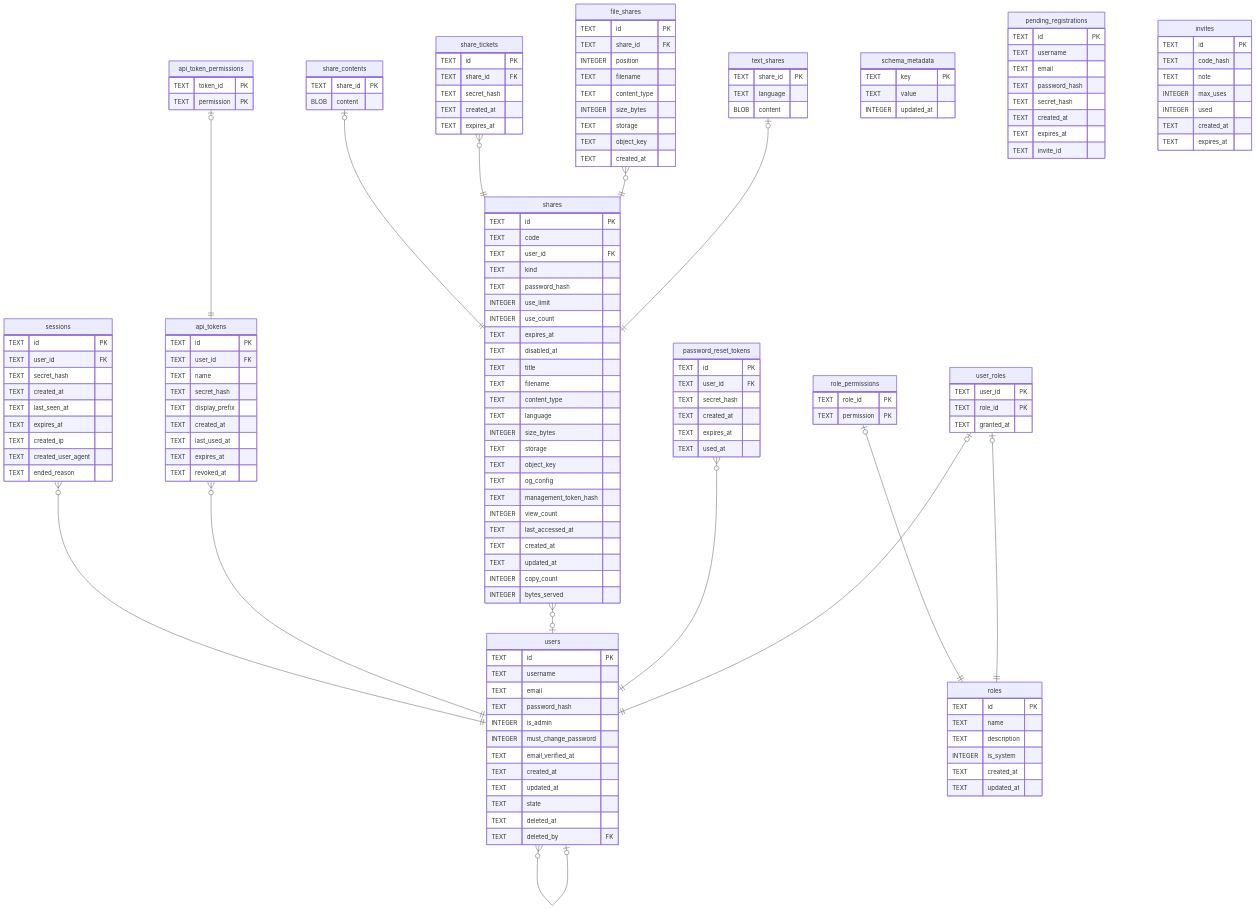
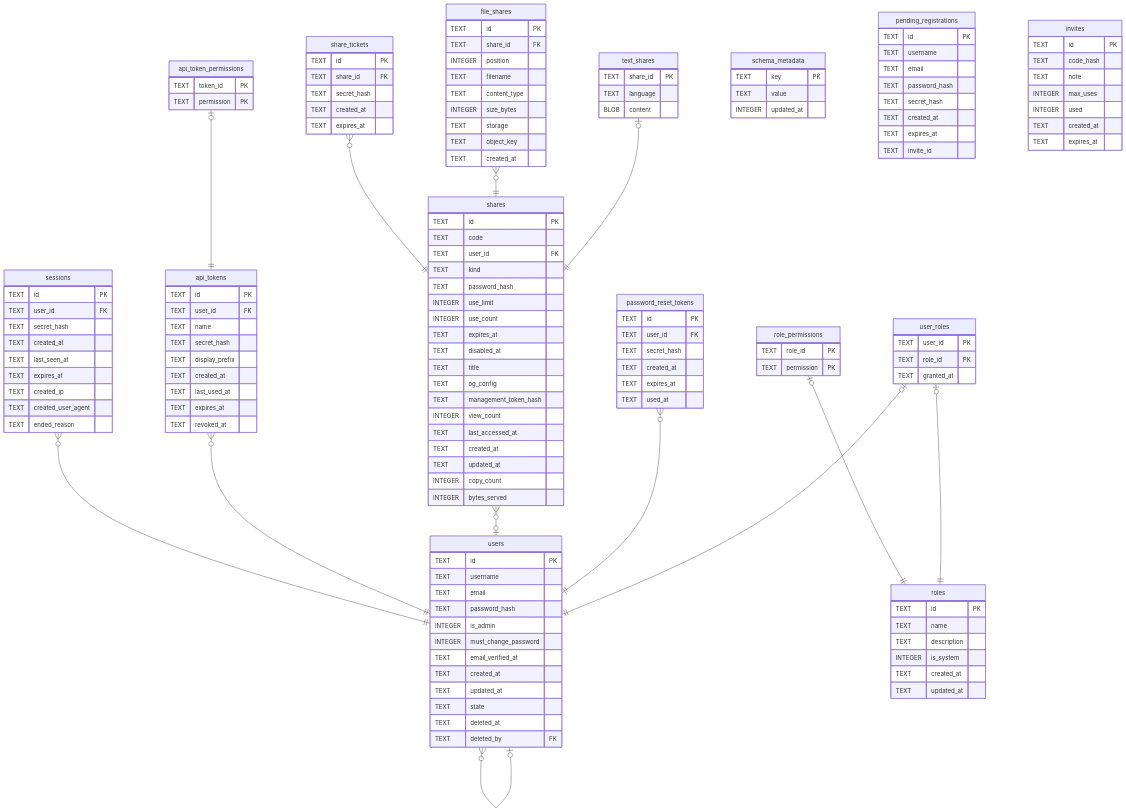
The diagram in docs/schema/README.md (Limatura/tessera), drawn with Mermaid before and after one commit. The commit also changed other lines of this file and 21 other files, not shown here.

```diff
--- a/docs/schema/README.md
+++ b/docs/schema/README.md
@@ -30,7 +29,6 @@
 "sessions" }o--|| "users" : ""
 "api_tokens" }o--|| "users" : ""
 "shares" }o--o| "users" : ""
-"share_contents" |o--|| "shares" : ""
 "share_tickets" }o--|| "shares" : ""
 "password_reset_tokens" }o--|| "users" : ""
 "file_shares" }o--|| "shares" : ""
@@ -92,12 +90,6 @@
   TEXT expires_at
   TEXT disabled_at
   TEXT title
-  TEXT filename
-  TEXT content_type
-  TEXT language
-  INTEGER size_bytes
-  TEXT storage
-  TEXT object_key
   TEXT og_config
   TEXT management_token_hash
   INTEGER view_count
@@ -106,10 +98,6 @@
   TEXT updated_at
   INTEGER copy_count
   INTEGER bytes_served
-}
-"share_contents" {
-  TEXT share_id PK
-  BLOB content
 }
 "share_tickets" {
   TEXT id PK
```
